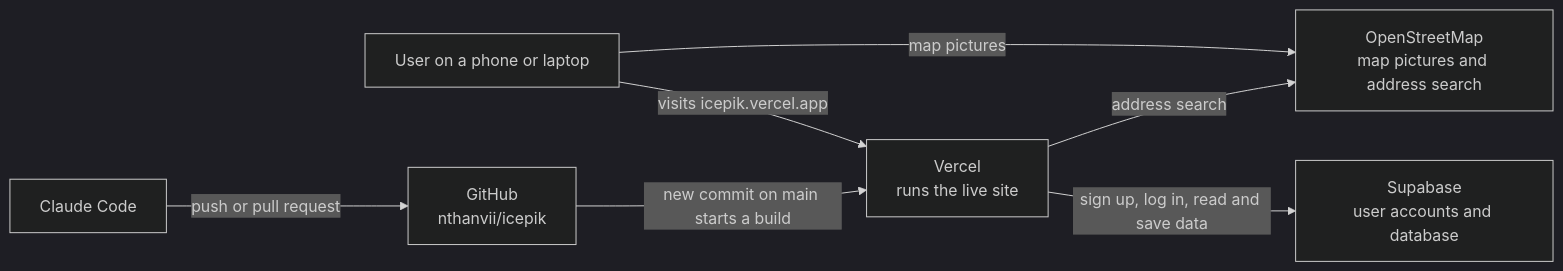
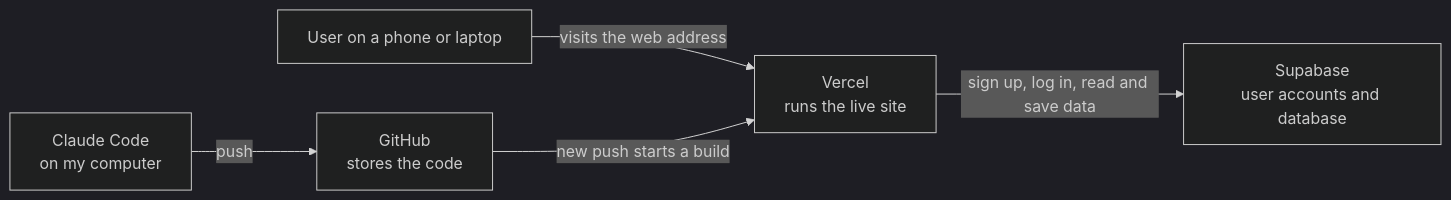
One commit to jmelv-git/icepik changed the diagram in README.md. Above: the diagram before and after it, drawn with Mermaid (dark theme). The commit also changed other lines of this file, not shown here.

````diff
--- a/README.md
+++ b/README.md
@@ -54,9 +50,7 @@
 ```mermaid
 flowchart LR
-    U[User on a phone or laptop] -->|visits icepik.vercel.app| V[Vercel<br/>runs the live site]
-    U -->|map pictures| O[OpenStreetMap<br/>map pictures and address search]
-    V -->|address search| O
+    U[User on a phone or laptop] -->|visits the web address| V[Vercel<br/>runs the live site]
     V -->|sign up, log in, read and save data| S[Supabase<br/>user accounts and database]
-    CC[Claude Code] -->|push or pull request| G[GitHub<br/>nthanvii/icepik]
-    G -->|new commit on main starts a build| V
+    CC[Claude Code<br/>on my computer] -->|push| G[GitHub<br/>stores the code]
+    G -->|new push starts a build| V
 ```
````
